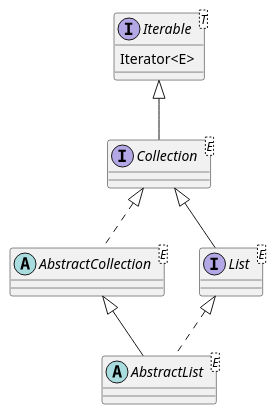
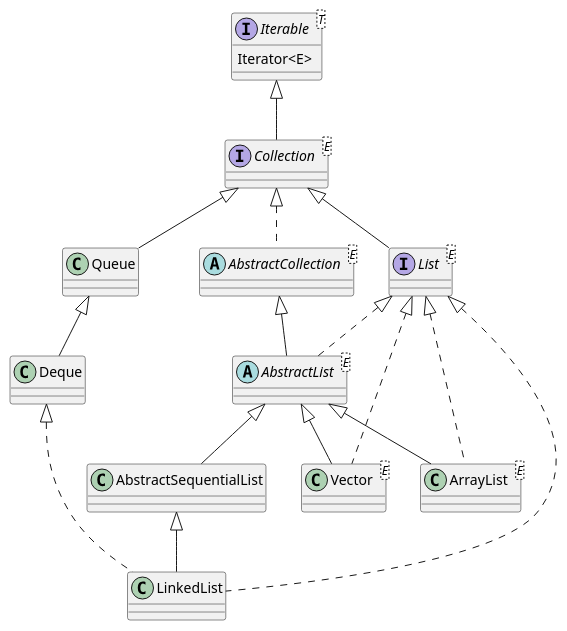
One commit to Chen-Jing-Bo/jdk1.8.0_144 changed the diagram in uml/Collection.puml. Above: the diagram before and after it, drawn with PlantUML. The commit also changed 4 other files, not shown here.

```diff
--- a/uml/Collection.puml
+++ b/uml/Collection.puml
@@ -1,11 +1,23 @@
 @startuml
+'interface RandomAccess
+'interface Cloneable
+'interface java.io.Serializable
+
 interface Iterable<T>{
  Iterator<E>
  }
 
 interface Collection<E> extends Iterable
 abstract class AbstractCollection<E> implements Collection
 interface List<E> extends Collection
 abstract class AbstractList<E>  extends AbstractCollection implements List
+class ArrayList<E> extends AbstractList implements List
+class Vector<E> extends AbstractList implements List
+class Queue extends Collection
+class Deque extends Queue
+
+class AbstractSequentialList extends AbstractList
+class LinkedList extends AbstractSequentialList implements List,Deque
+
 
 @enduml
```
